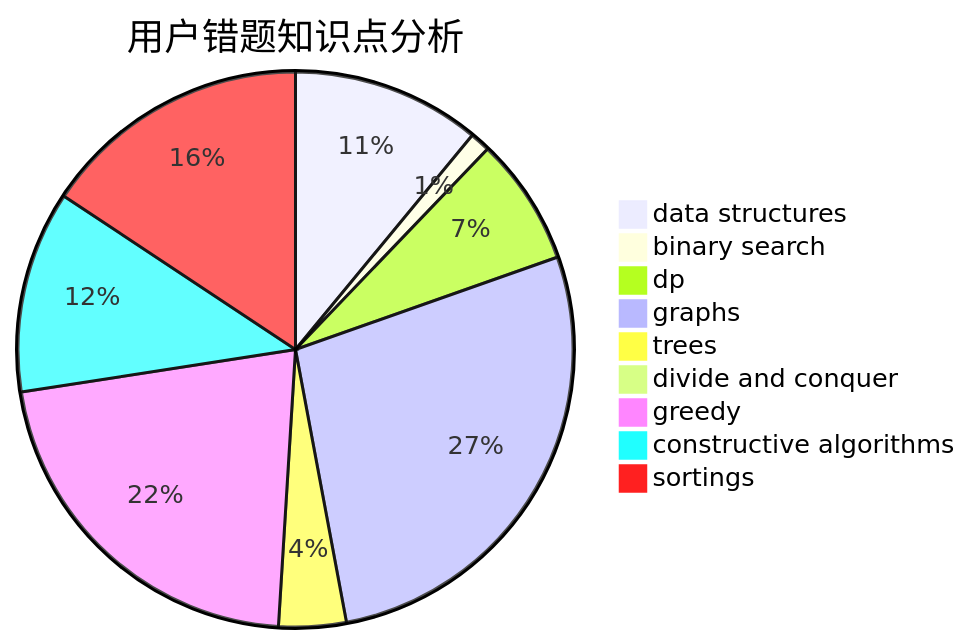
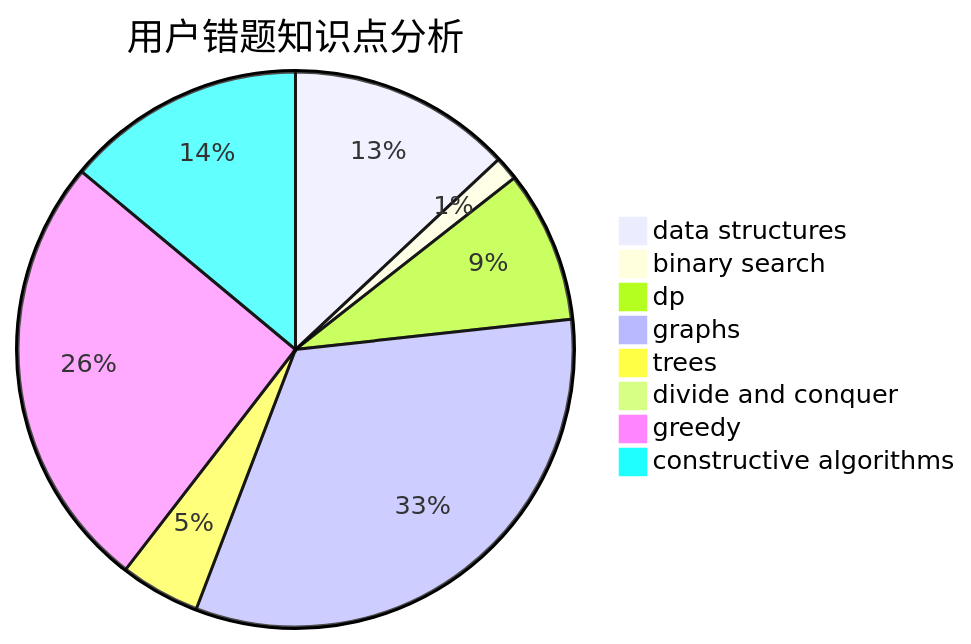
Before and after one commit to sherpahu/cfrs.github.io: the third of 3 diagrams in docs/user/u51.md, drawn with Mermaid. The commit also changed other lines of this file and 2769 other files, not shown here.

````diff
--- a/docs/user/u51.md
+++ b/docs/user/u51.md
@@ -32,12 +31,11 @@
 ```mermaid
 pie title 用户错题知识点分析
     "data structures" :  28
     "binary search" :  3
     "dp" :  19
     "graphs" :  70
     "trees" :  10
     "divide and conquer" :  0
     "greedy" :  55
     "constructive algorithms" :  30
-    "sortings" :  40
 ```
````
